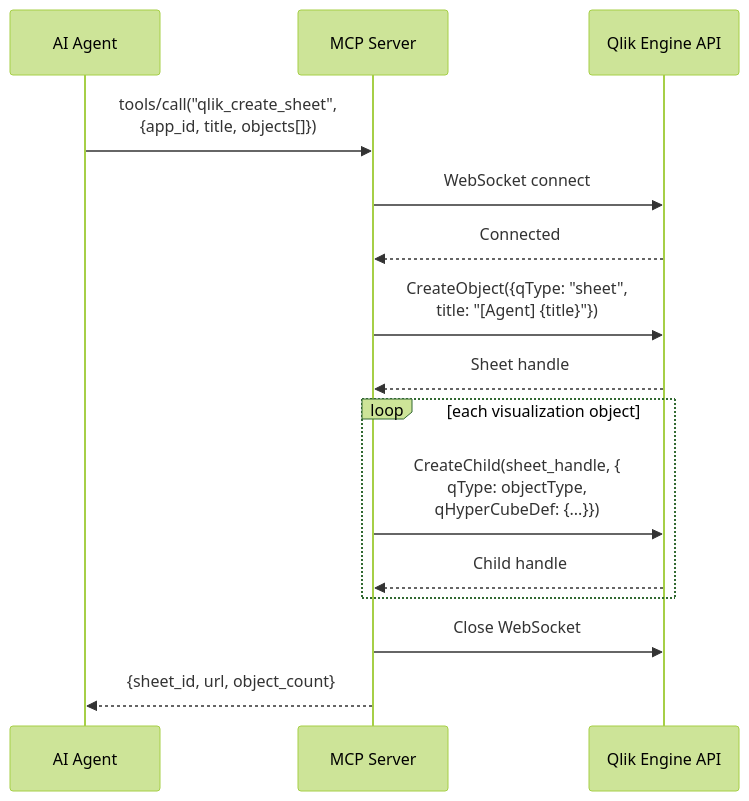
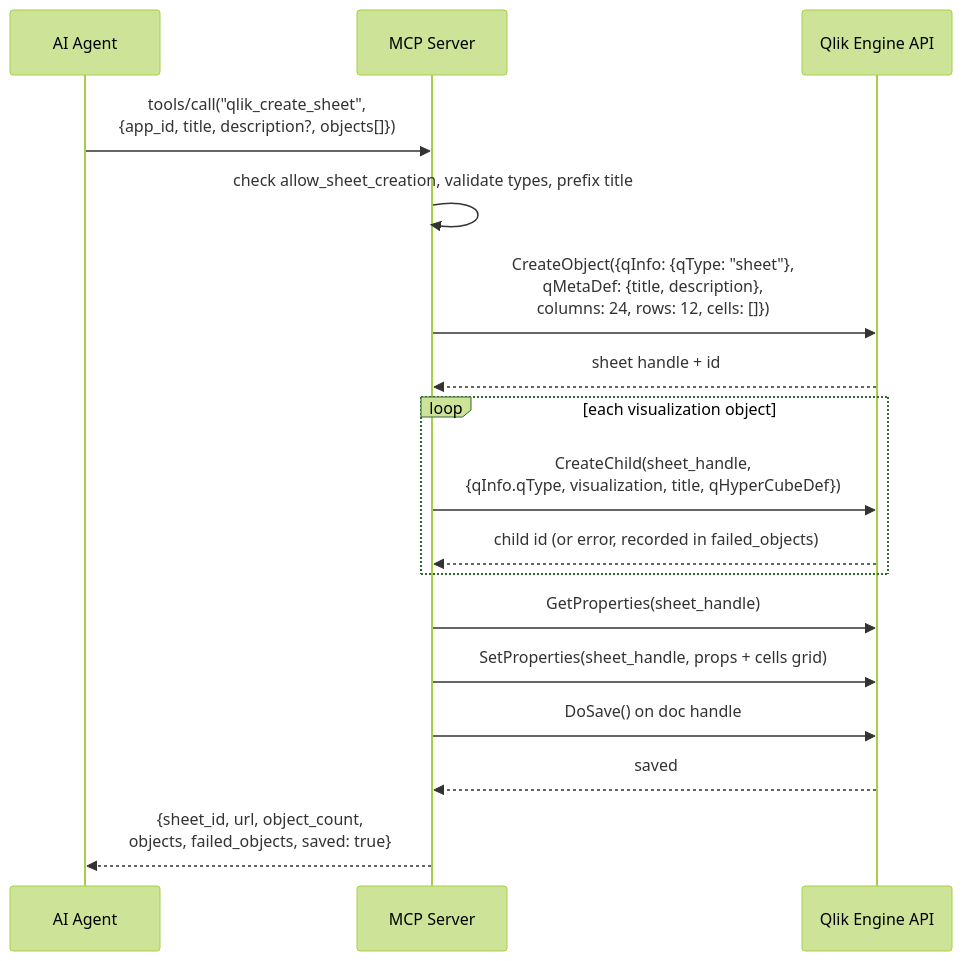
Before and after one commit to ssevera1/Qlik-Cloud-MCP-Server: the seventh of 7 diagrams in design/c4-diagrams/c3-component.md, drawn with Mermaid (forest theme). The commit also changed other lines of this file and 36 other files, not shown here.

First line of the commit message:
Rebuild on MCP SDK v2 and fix Qlik Engine API usage

````diff
--- a/design/c4-diagrams/c3-component.md
+++ b/design/c4-diagrams/c3-component.md
@@ -108,21 +158,24 @@
 ```mermaid
 sequenceDiagram
     participant Agent as AI Agent
     participant MCP as MCP Server
     participant Engine as Qlik Engine API
 
-    Agent->>MCP: tools/call("qlik_create_sheet",<br/>{app_id, title, objects[]})
-    MCP->>Engine: WebSocket connect
-    Engine-->>MCP: Connected
+    Agent->>MCP: tools/call("qlik_create_sheet",<br/>{app_id, title, description?, objects[]})
+    MCP->>MCP: check allow_sheet_creation, validate types, prefix title
 
-    MCP->>Engine: CreateObject({qType: "sheet",<br/>  title: "[Agent] {title}"})
-    Engine-->>MCP: Sheet handle
+    MCP->>Engine: CreateObject({qInfo: {qType: "sheet"},<br/>qMetaDef: {title, description},<br/>columns: 24, rows: 12, cells: []})
+    Engine-->>MCP: sheet handle + id
 
     loop each visualization object
-        MCP->>Engine: CreateChild(sheet_handle, {<br/>  qType: objectType,<br/>  qHyperCubeDef: {...}})
-        Engine-->>MCP: Child handle
+        MCP->>Engine: CreateChild(sheet_handle,<br/>{qInfo.qType, visualization, title, qHyperCubeDef})
+        Engine-->>MCP: child id (or error, recorded in failed_objects)
     end
 
-    MCP->>Engine: Close WebSocket
-    MCP-->>Agent: {sheet_id, url, object_count}
+    MCP->>Engine: GetProperties(sheet_handle)
+    MCP->>Engine: SetProperties(sheet_handle, props + cells grid)
+    MCP->>Engine: DoSave() on doc handle
+    Engine-->>MCP: saved
+
+    MCP-->>Agent: {sheet_id, url, object_count,<br/>objects, failed_objects, saved: true}
 ```
````
